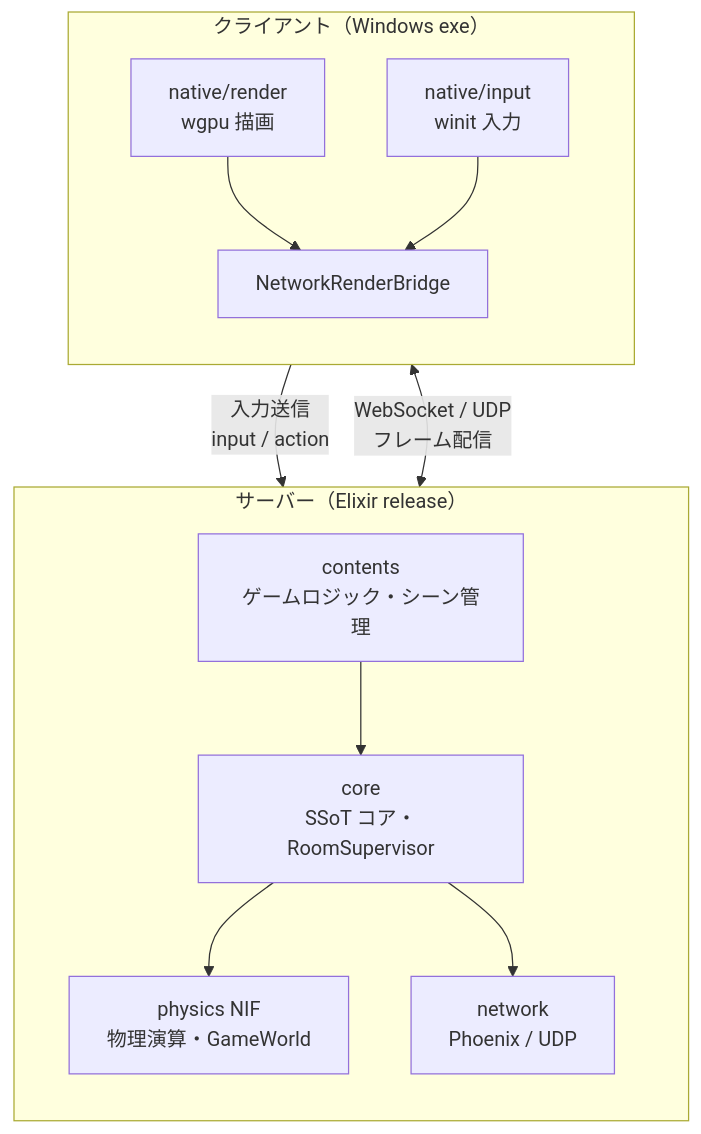
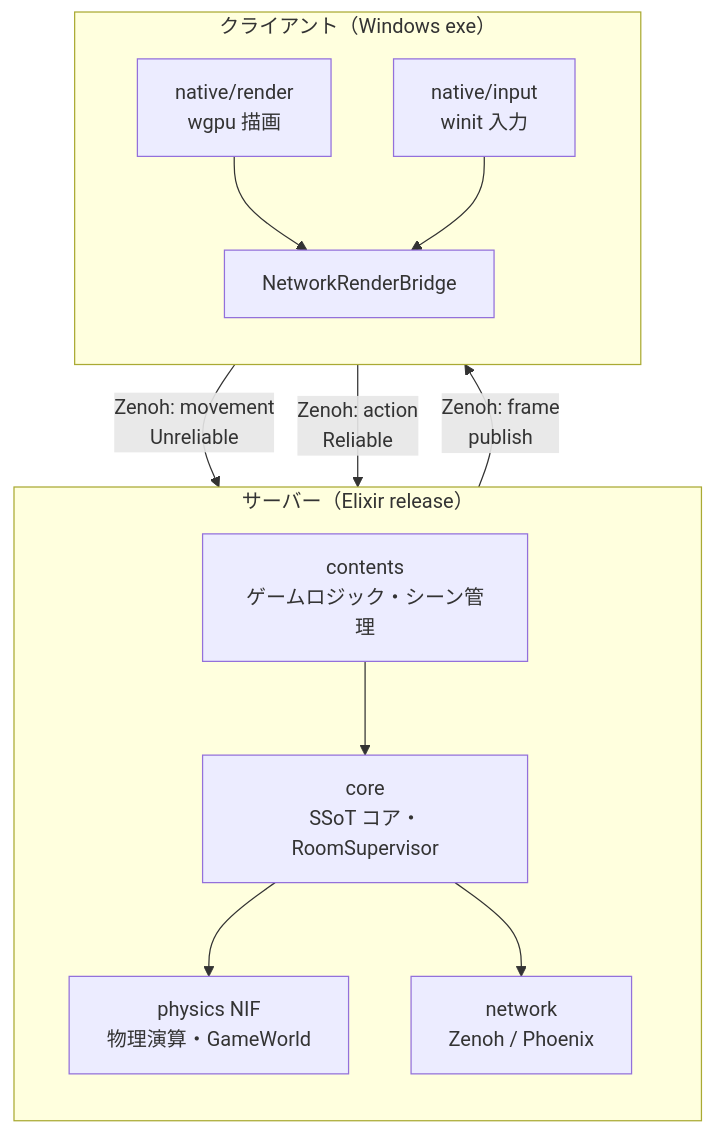
The first of 3 diagrams in docs/plan/client-server-separation-procedure.md (FRICK-ELDY/alchemy-engine), drawn with Mermaid before and after one commit. The commit also changed other lines of this file and 1 other file, not shown here.

Commit message:
feat: クライアント・サーバー分離計画に Zenoh/Zenohex 方針を追記

````diff
--- a/docs/plan/client-server-separation-procedure.md
+++ b/docs/plan/client-server-separation-procedure.md
@@ -25,27 +25,28 @@
 ```mermaid
 flowchart TB
     subgraph Server["サーバー（Elixir release）"]
         direction TB
         Contents[contents<br/>ゲームロジック・シーン管理]
         Core[core<br/>SSoT コア・RoomSupervisor]
         PhysicsNIF[physics NIF<br/>物理演算・GameWorld]
-        Network[network<br/>Phoenix / UDP]
+        Network[network<br/>Zenoh / Phoenix]
         
         Contents --> Core
         Core --> PhysicsNIF
         Core --> Network
     end
     
     subgraph Client["クライアント（Windows exe）"]
         direction TB
         Render[native/render<br/>wgpu 描画]
         Input[native/input<br/>winit 入力]
         Bridge[NetworkRenderBridge]
         
         Render --> Bridge
         Input --> Bridge
     end
     
-    Server <-->|"WebSocket / UDP<br/>フレーム配信"| Client
-    Client -->|"入力送信<br/>input / action"| Server
+    Server -->|"Zenoh: frame<br/>publish"| Client
+    Client -->|"Zenoh: movement<br/>Unreliable"| Server
+    Client -->|"Zenoh: action<br/>Reliable"| Server
 ```
````
